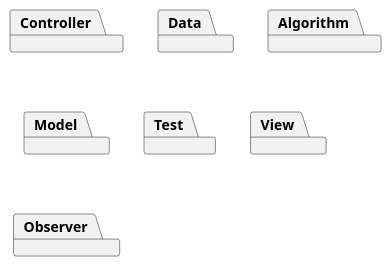
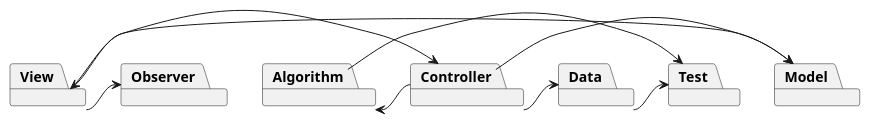
One commit to Karlenkko/Agile-OnErrand changed the diagram in src/documentation/PackageDiagram.puml. Above: the diagram before and after it, drawn with PlantUML.

Commit message:
doc(PackageDiagramme):initialisation

```diff
--- a/src/documentation/PackageDiagram.puml
+++ b/src/documentation/PackageDiagram.puml
@@ -1,35 +1,44 @@
 @startuml
 
 'abstract class AbstractList
 'abstract AbstractCollection
 'interface List
 'interface Collection
 '
 'List <|-- AbstractList
 'Collection <|-- AbstractCollection
 '
 'Collection <|- List
 'AbstractCollection <|- AbstractList
 'AbstractList <|-- ArrayList
 '
 'class ArrayList {
 'Object[] elementData
 'size()
 '}
 '
 'enum TimeUnit {
 'DAYS
 'HOURS
 'MINUTES
 '}
 
 Package Controller
 Package Data
 Package Algorithm
 Package Model
 Package Test
 Package View
 Package Observer
 
+View <-> Controller
+Controller -> Model
+View -> Model
+Algorithm <- Controller
+Controller -> Data
+
+Data -> Test
+Algorithm -> Test
+View -> Observer
 
 @enduml
```
